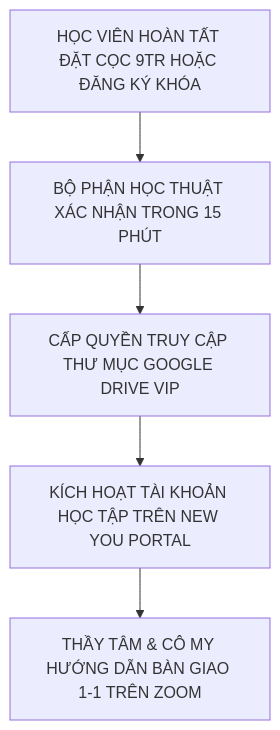
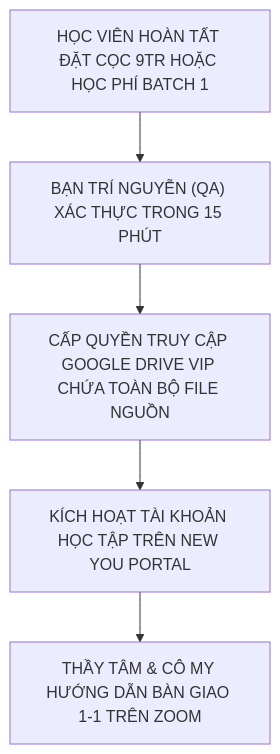
The second of 2 diagrams in BO_QUA_TANG_TRUYEN_NGHE_NEW_YOU.md (cmubeta2/new-you-english), drawn with Mermaid before and after one commit. The commit also changed other lines of this file and 3 other files, not shown here.

````diff
--- a/BO_QUA_TANG_TRUYEN_NGHE_NEW_YOU.md
+++ b/BO_QUA_TANG_TRUYEN_NGHE_NEW_YOU.md
@@ -249,7 +210,7 @@
 ```mermaid
 flowchart TD
-    A["HỌC VIÊN HOÀN TẤT ĐẶT CỌC 9TR HOẶC ĐĂNG KÝ KHÓA"] --> B["BỘ PHẬN HỌC THUẬT XÁC NHẬN TRONG 15 PHÚT"]
-    B --> C["CẤP QUYỀN TRUY CẬP THƯ MỤC GOOGLE DRIVE VIP"]
+    A["HỌC VIÊN HOÀN TẤT ĐẶT CỌC 9TR HOẶC HỌC PHÍ BATCH 1"] --> B["BẠN TRÍ NGUYỄN (QA) XÁC THỰC TRONG 15 PHÚT"]
+    B --> C["CẤP QUYỀN TRUY CẬP GOOGLE DRIVE VIP CHỨA TOÀN BỘ FILE NGUỒN"]
     C --> D["KÍCH HOẠT TÀI KHOẢN HỌC TẬP TRÊN NEW YOU PORTAL"]
     D --> E["THẦY TÂM & CÔ MY HƯỚNG DẪN BÀN GIAO 1-1 TRÊN ZOOM"]
 ```
````
